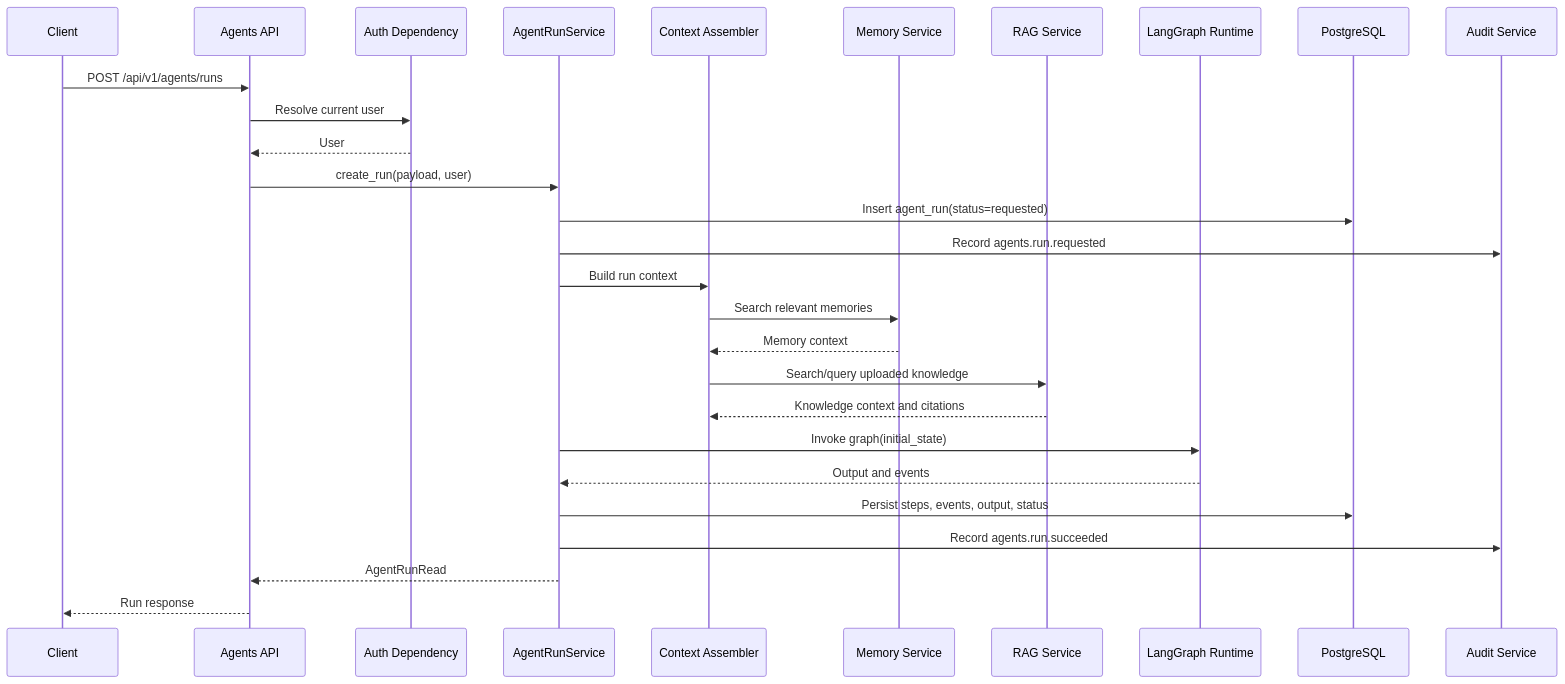
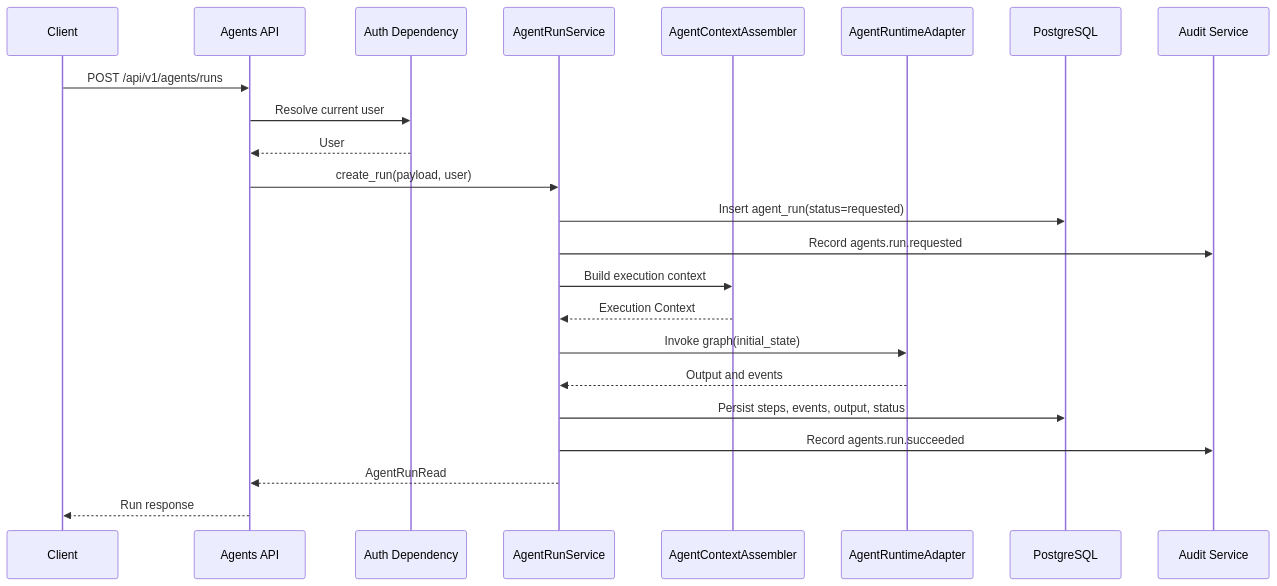
The fourth of 4 diagrams in docs/phase-6-agent-framework.md (Rahul-curious/jarvis-ai-os), drawn with Mermaid before and after one commit. The commit also changed other lines of this file, not shown here.

First line of the commit message:
Enhance agent framework documentation with context providers

````diff
--- a/docs/phase-6-agent-framework.md
+++ b/docs/phase-6-agent-framework.md
@@ -248,31 +271,32 @@
 ```mermaid
 sequenceDiagram
     participant Client
     participant API as Agents API
     participant Auth as Auth Dependency
     participant Service as AgentRunService
-    participant Context as Context Assembler
-    participant Memory as Memory Service
-    participant RAG as RAG Service
-    participant Runtime as LangGraph Runtime
+    participant Context as AgentContextAssembler
+    participant Runtime as AgentRuntimeAdapter
     participant DB as PostgreSQL
     participant Audit as Audit Service
 
     Client->>API: POST /api/v1/agents/runs
     API->>Auth: Resolve current user
     Auth-->>API: User
+
     API->>Service: create_run(payload, user)
+
     Service->>DB: Insert agent_run(status=requested)
     Service->>Audit: Record agents.run.requested
-    Service->>Context: Build run context
-    Context->>Memory: Search relevant memories
-    Memory-->>Context: Memory context
-    Context->>RAG: Search/query uploaded knowledge
-    RAG-->>Context: Knowledge context and citations
+
+    Service->>Context: Build execution context
+    Context-->>Service: Execution Context
+
     Service->>Runtime: Invoke graph(initial_state)
     Runtime-->>Service: Output and events
+
     Service->>DB: Persist steps, events, output, status
     Service->>Audit: Record agents.run.succeeded
+
     Service-->>API: AgentRunRead
     API-->>Client: Run response
 ```
````
